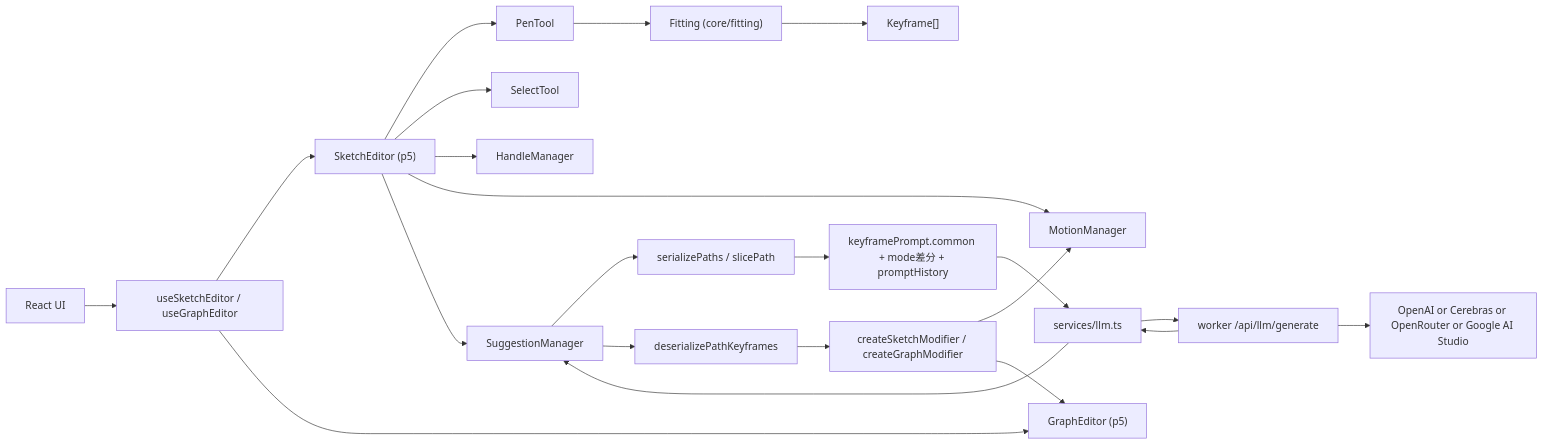
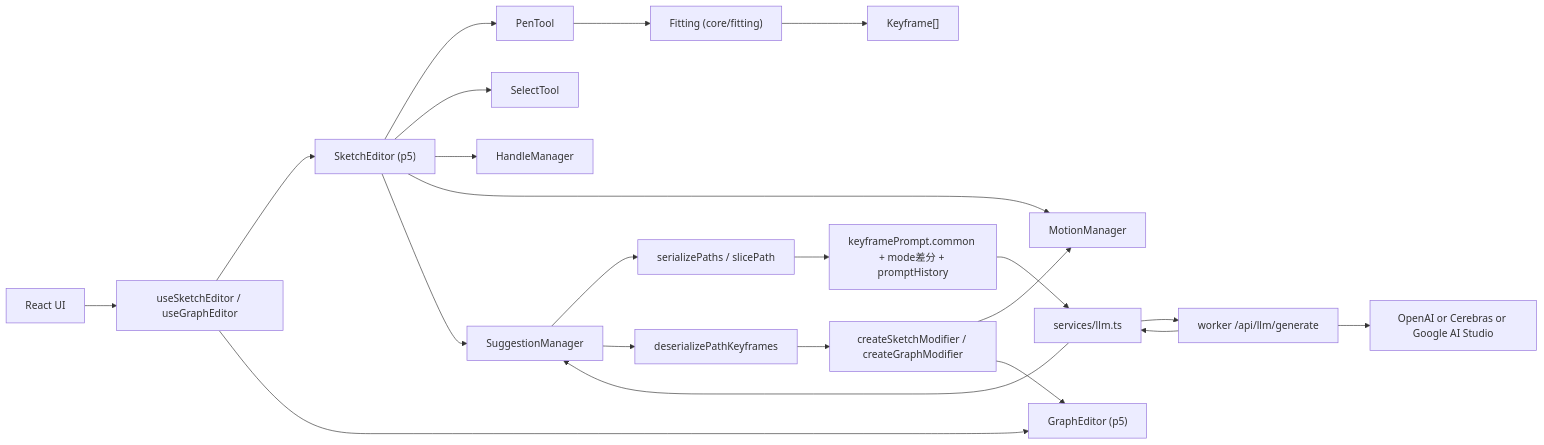
One commit to PMGWork/mophrase changed the diagram in docs/architecture.md. Above: the diagram before and after it, drawn with Mermaid. The commit also changed other lines of this file and 16 other files, not shown here.

````diff
--- a/docs/architecture.md
+++ b/docs/architecture.md
@@ -29,28 +29,28 @@
 ```mermaid
 flowchart LR
   UI["React UI"] --> Hooks["useSketchEditor / useGraphEditor"]
   Hooks --> Sketch["SketchEditor (p5)"]
   Hooks --> Graph["GraphEditor (p5)"]
 
   Sketch --> Pen["PenTool"]
   Sketch --> Select["SelectTool"]
   Sketch --> Handle["HandleManager"]
   Sketch --> Motion["MotionManager"]
   Sketch --> Suggestion["SuggestionManager"]
 
   Pen --> Fitting["Fitting (core/fitting)"]
   Fitting --> Keyframe["Keyframe[]"]
 
   Suggestion --> Serialize["serializePaths / slicePath"]
   Serialize --> Prompt["keyframePrompt.common + mode差分 + promptHistory"]
   Prompt --> LLMClient["services/llm.ts"]
   LLMClient --> Worker["worker /api/llm/generate"]
-  Worker --> Provider["OpenAI or Cerebras or OpenRouter or Google AI Studio"]
+  Worker --> Provider["OpenAI or Cerebras or Google AI Studio"]
   Worker --> LLMClient
   LLMClient --> Suggestion
 
   Suggestion --> Deserialize["deserializePathKeyframes"]
   Deserialize --> Modifier["createSketchModifier / createGraphModifier"]
   Modifier --> Motion
   Modifier --> Graph
 ```
````
